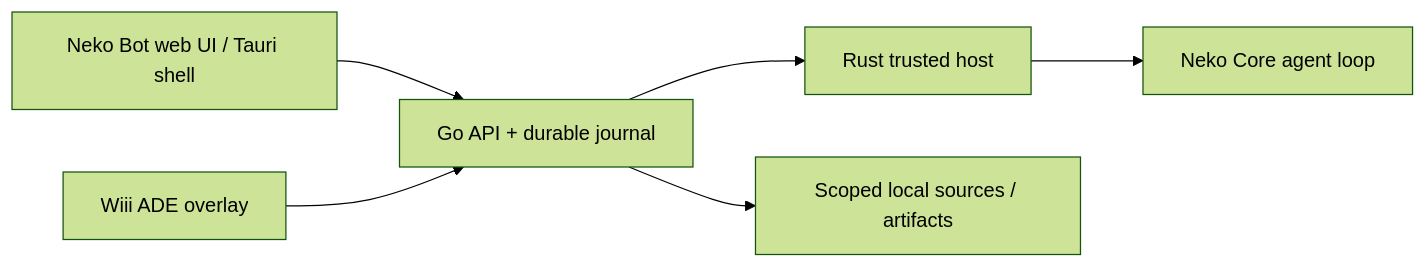
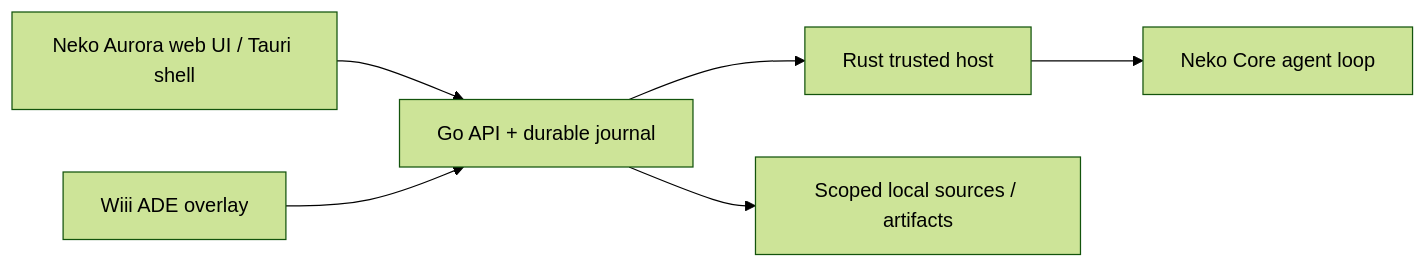
One commit to meiiie/neko-aurora changed the diagram in docs/architecture.md. Above: the diagram before and after it, drawn with Mermaid (forest theme). The commit also changed 297 other files, not shown here.

Commit message:
Neko Aurora: rename (module, binary, /app/ with /duet redirect, AURORA_* env with DUET_* fallback) + design system (aurora.css tokens, light/dark/gold/blue, Be Vietnam Pro/Noto Serif Display/JetBrains Mono woff2 subsets, Lucide icons ISC, PWA icons from mark, haptics) + notices

````diff
--- a/docs/architecture.md
+++ b/docs/architecture.md
@@ -5,8 +5,8 @@
 ```mermaid
 flowchart LR
-    UI["Neko Bot web UI / Tauri shell"] --> API["Go API + durable journal"]
+    UI["Neko Aurora web UI / Tauri shell"] --> API["Go API + durable journal"]
     API --> Host["Rust trusted host"]
     Host --> Core["Neko Core agent loop"]
     Wiii["Wiii ADE overlay"] --> API
     API --> Files["Scoped local sources / artifacts"]
 ```
````
